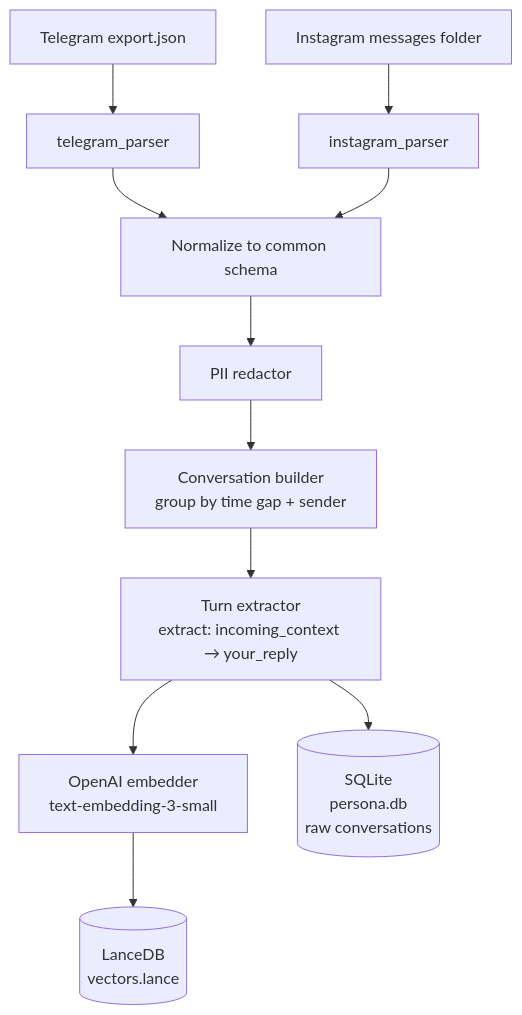
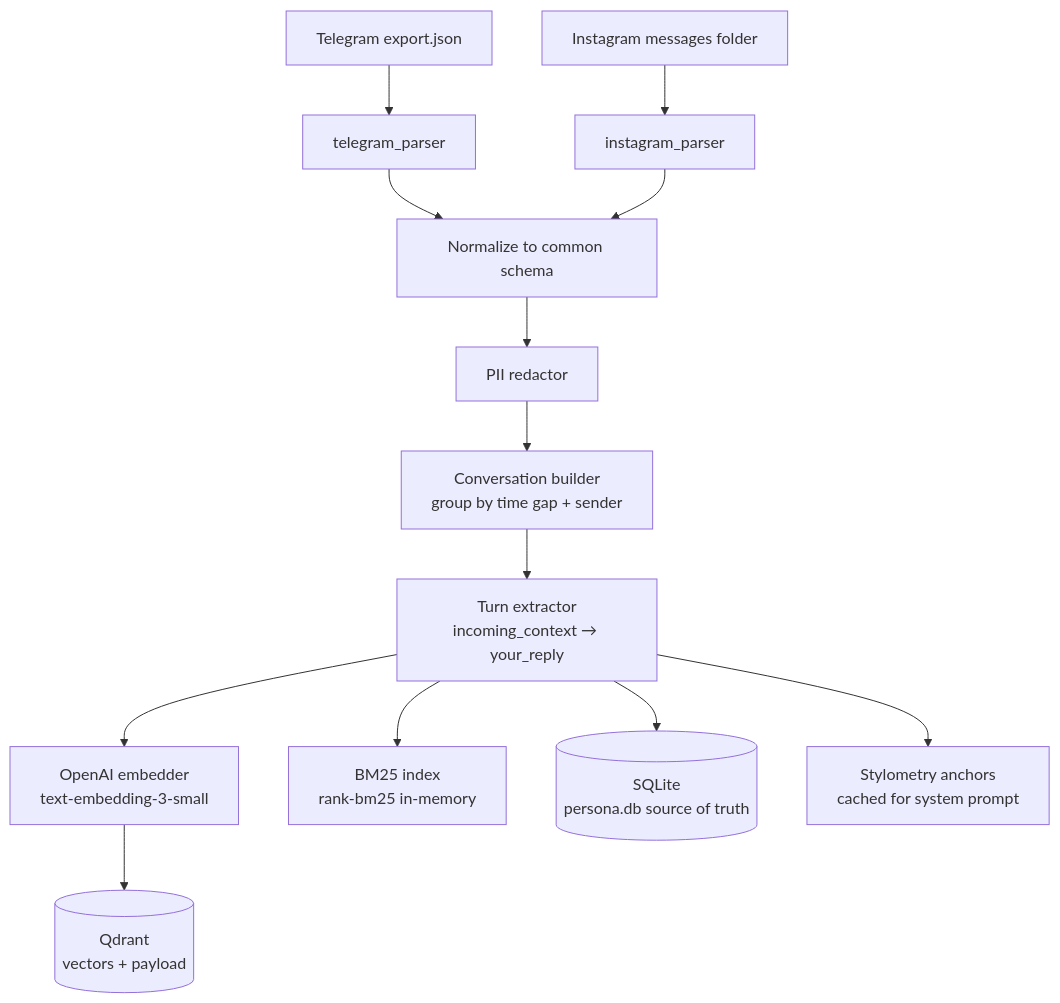
One commit to BohdanChuprynka/Persona-RAG changed the second of 4 diagrams in docs/ARCHITECTURE.md. Above: the diagram before and after it, drawn with Mermaid. The commit also changed other lines of this file and 15 other files, not shown here.

````diff
--- a/docs/ARCHITECTURE.md
+++ b/docs/ARCHITECTURE.md
@@ -56,13 +56,15 @@
 ```mermaid
 flowchart TD
     A1[Telegram export.json] --> B1[telegram_parser]
     A2[Instagram messages folder] --> B2[instagram_parser]
     B1 --> C[Normalize to common schema]
     B2 --> C
     C --> D[PII redactor]
     D --> E[Conversation builder<br/>group by time gap + sender]
-    E --> F[Turn extractor<br/>extract: incoming_context → your_reply]
+    E --> F[Turn extractor<br/>incoming_context → your_reply]
     F --> G[OpenAI embedder<br/>text-embedding-3-small]
-    G --> H[(LanceDB<br/>vectors.lance)]
-    F --> I[(SQLite<br/>persona.db<br/>raw conversations)]
+    F --> BM[BM25 index<br/>rank-bm25 in-memory]
+    G --> H[(Qdrant<br/>vectors + payload)]
+    F --> I[(SQLite<br/>persona.db source of truth)]
+    F --> SA[Stylometry anchors<br/>cached for system prompt]
 ```
````
